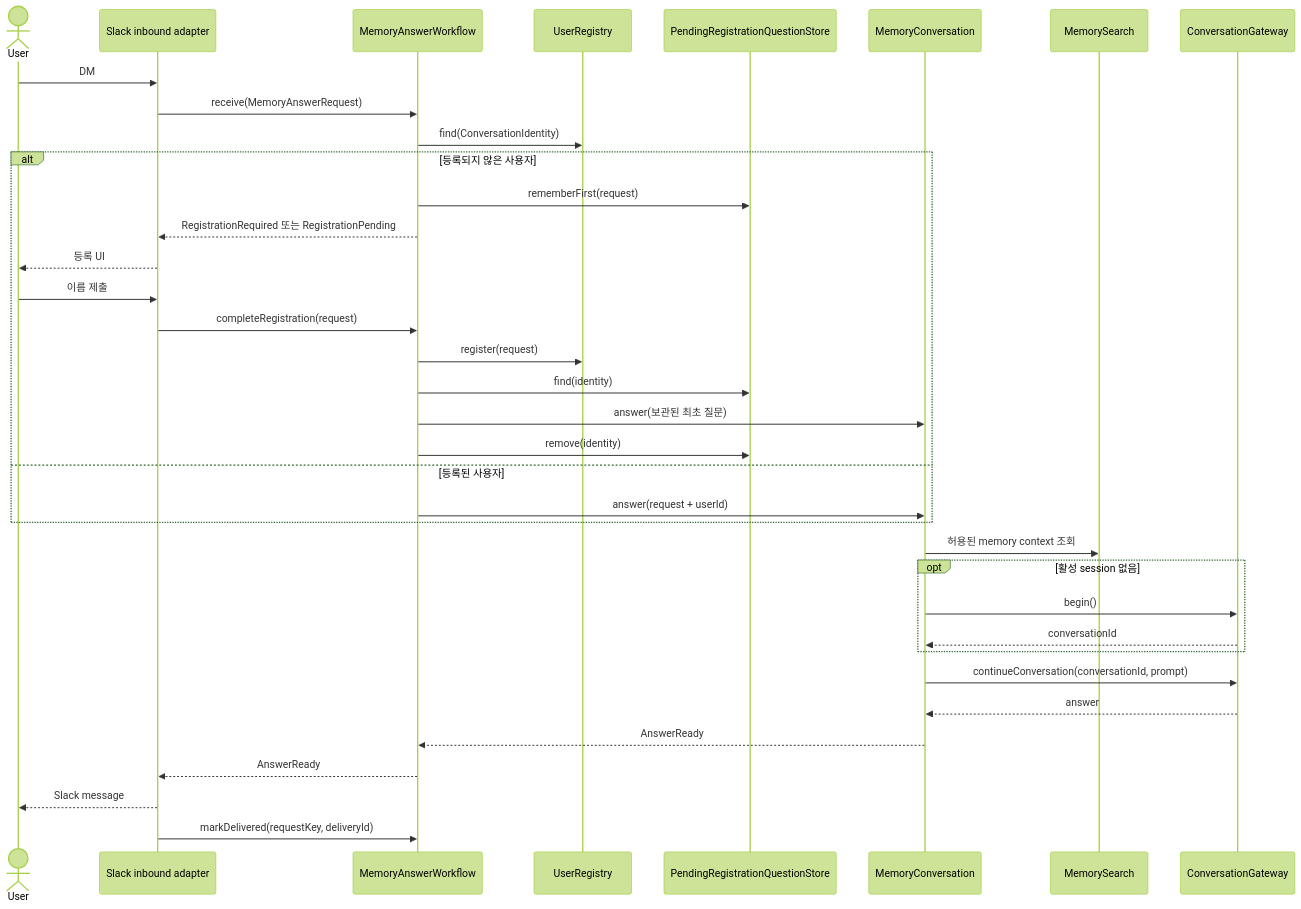
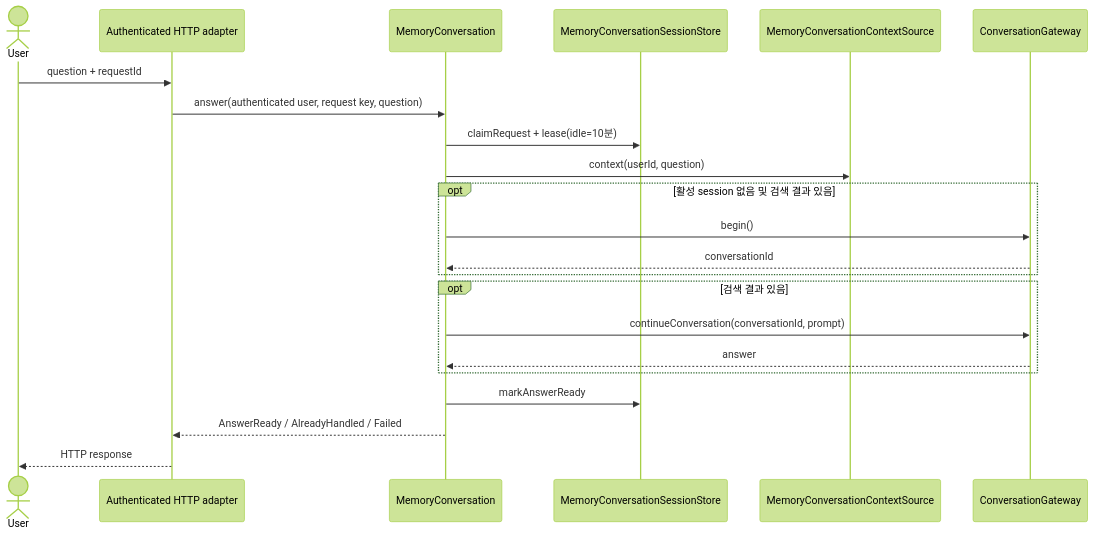
Before and after one commit to magenta1223/home_assistant: the second of 2 diagrams in application/src/main/kotlin/com/homeassistant/application/usecase/README.md, drawn with Mermaid (forest theme). The commit also changed other lines of this file and 63 other files, not shown here.

Commit message:
refactor: remove Slack features and keep HTTP as the sole inbound channel

````diff
--- a/application/src/main/kotlin/com/homeassistant/application/usecase/README.md
+++ b/application/src/main/kotlin/com/homeassistant/application/usecase/README.md
@@ -57,39 +55,25 @@
 ```mermaid
 sequenceDiagram
     actor User
-    participant Inbound as Slack inbound adapter
-    participant Workflow as MemoryAnswerWorkflow
-    participant Registry as UserRegistry
-    participant Pending as PendingRegistrationQuestionStore
+    participant HTTP as Authenticated HTTP adapter
     participant Conversation as MemoryConversation
-    participant Search as MemorySearch
+    participant Sessions as MemoryConversationSessionStore
+    participant Context as MemoryConversationContextSource
     participant Gateway as ConversationGateway
 
-    User->>Inbound: DM
-    Inbound->>Workflow: receive(MemoryAnswerRequest)
-    Workflow->>Registry: find(ConversationIdentity)
-    alt 등록되지 않은 사용자
-        Workflow->>Pending: rememberFirst(request)
-        Workflow-->>Inbound: RegistrationRequired 또는 RegistrationPending
-        Inbound-->>User: 등록 UI
-        User->>Inbound: 이름 제출
-        Inbound->>Workflow: completeRegistration(request)
-        Workflow->>Registry: register(request)
-        Workflow->>Pending: find(identity)
-        Workflow->>Conversation: answer(보관된 최초 질문)
-        Workflow->>Pending: remove(identity)
-    else 등록된 사용자
-        Workflow->>Conversation: answer(request + userId)
-    end
-    Conversation->>Search: 허용된 memory context 조회
-    opt 활성 session 없음
+    User->>HTTP: question + requestId
+    HTTP->>Conversation: answer(authenticated user, request key, question)
+    Conversation->>Sessions: claimRequest + lease(idle=10분)
+    Conversation->>Context: context(userId, question)
+    opt 활성 session 없음 및 검색 결과 있음
         Conversation->>Gateway: begin()
         Gateway-->>Conversation: conversationId
     end
-    Conversation->>Gateway: continueConversation(conversationId, prompt)
-    Gateway-->>Conversation: answer
-    Conversation-->>Workflow: AnswerReady
-    Workflow-->>Inbound: AnswerReady
-    Inbound-->>User: Slack message
-    Inbound->>Workflow: markDelivered(requestKey, deliveryId)
+    opt 검색 결과 있음
+        Conversation->>Gateway: continueConversation(conversationId, prompt)
+        Gateway-->>Conversation: answer
+    end
+    Conversation->>Sessions: markAnswerReady
+    Conversation-->>HTTP: AnswerReady / AlreadyHandled / Failed
+    HTTP-->>User: HTTP response
 ```
````
